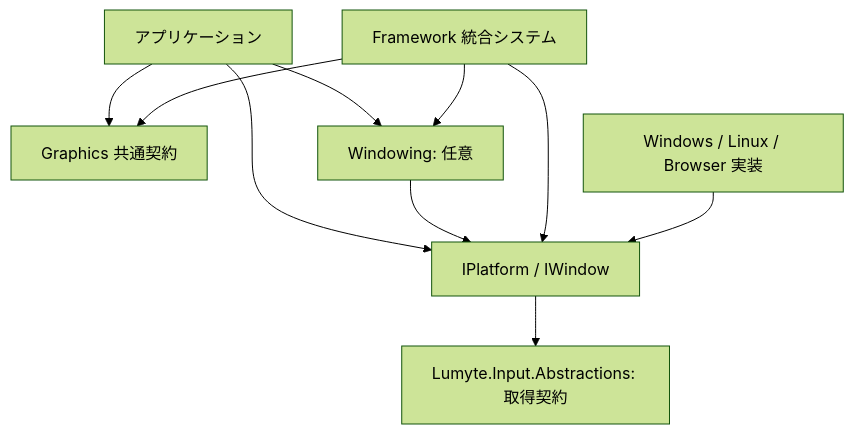
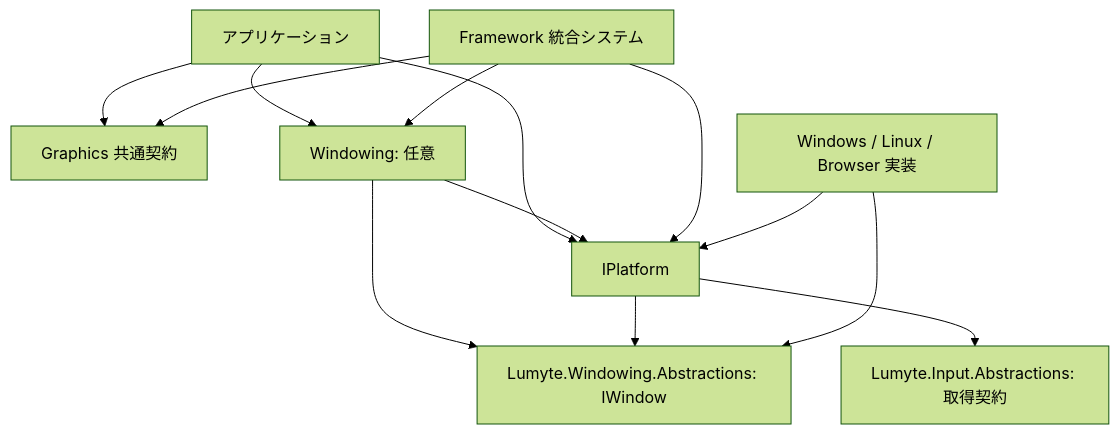
Before and after one commit to ikihiki/Lumyte: the diagram in docs/adr/platform/PLATFORM-0001-platform-and-window-contracts.md, drawn with Mermaid (forest theme). The commit also changed other lines of this file and 2 other files, not shown here.

Commit message:
docs: place native window contracts in Windowing.Abstractions

````diff
--- a/docs/adr/platform/PLATFORM-0001-platform-and-window-contracts.md
+++ b/docs/adr/platform/PLATFORM-0001-platform-and-window-contracts.md
@@ -20,12 +20,15 @@
 ```mermaid
 flowchart TD
-    App[アプリケーション] --> Platform[IPlatform / IWindow]
+    App[アプリケーション] --> Platform[IPlatform]
     App --> Graphics[Graphics 共通契約]
     App --> Optional[Windowing: 任意]
     Optional --> Platform
+    Optional --> Window[Lumyte.Windowing.Abstractions: IWindow]
+    Platform --> Window
+    Native --> Window
     Framework[Framework 統合システム] --> Platform
     Framework --> Graphics
     Framework --> Optional
     Native[Windows / Linux / Browser 実装] --> Platform
     Platform --> Input[Lumyte.Input.Abstractions: 取得契約]
 ```
````
